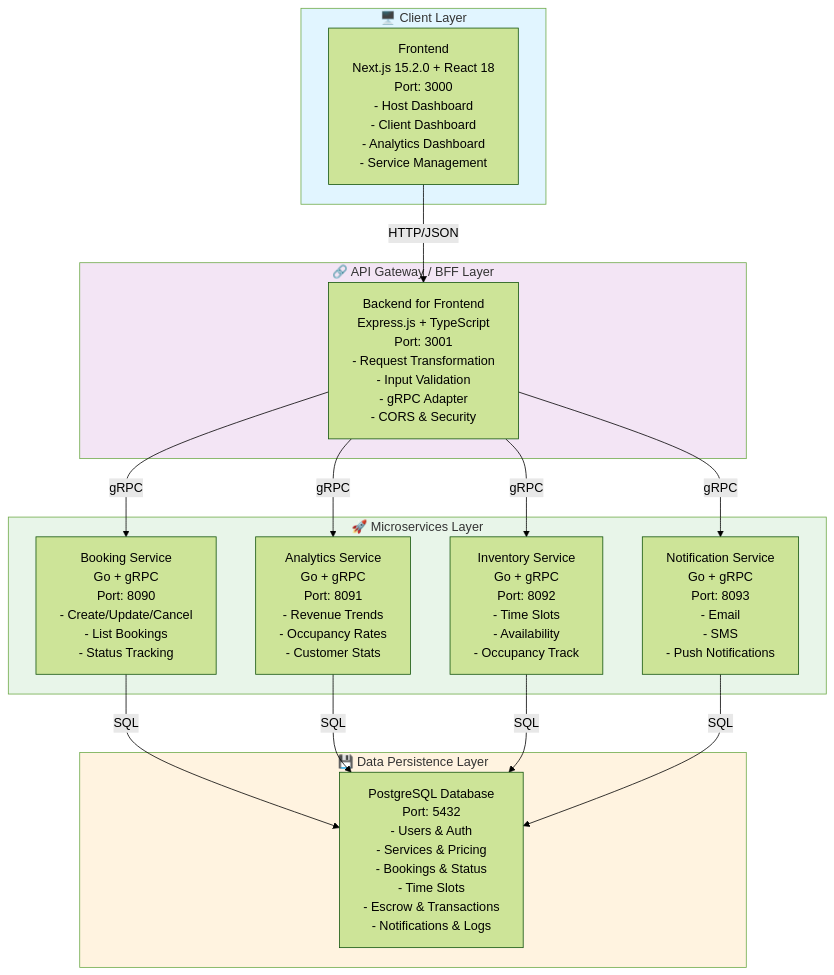
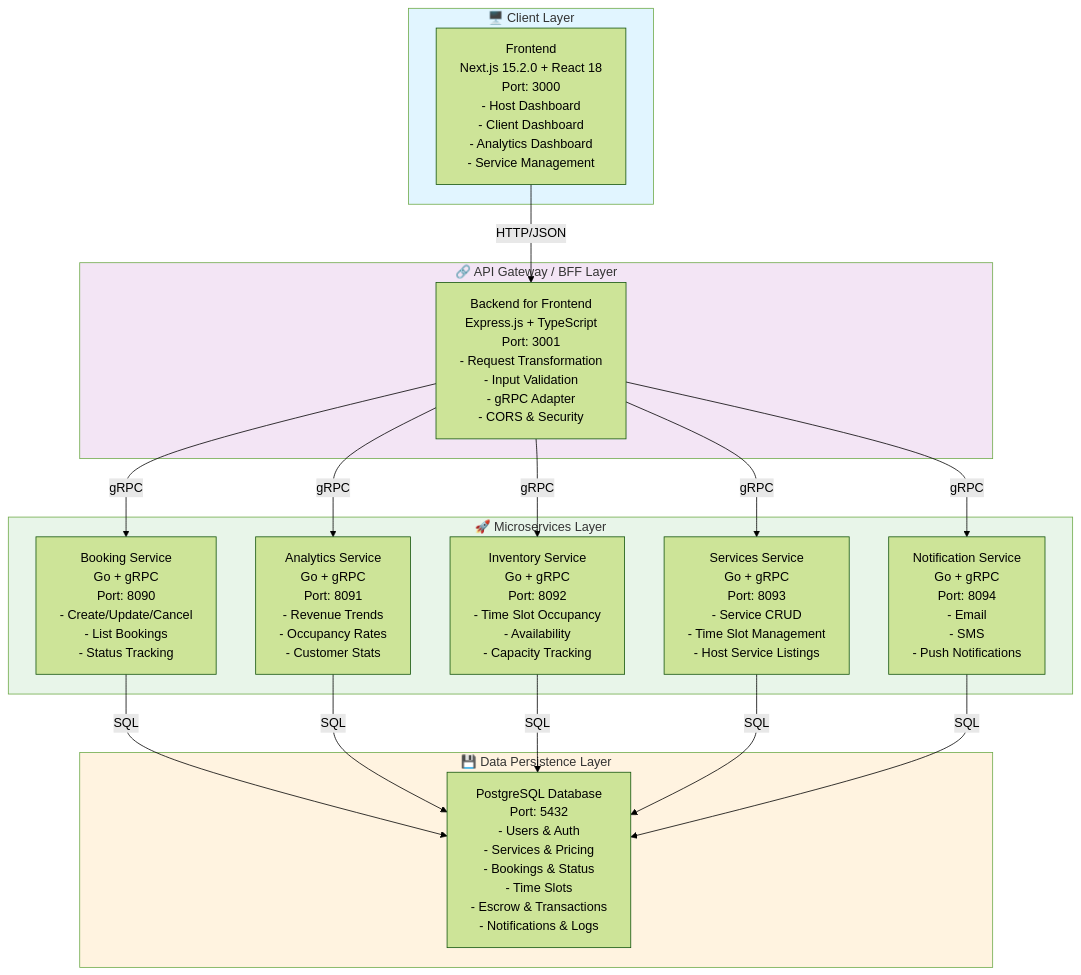
Before and after one commit to bshongwe/intelli-reserve: the first of 4 diagrams in docs/ARCHITECTURE.md, drawn with Mermaid (forest theme). The commit also changed other lines of this file, not shown here.

Commit message:
feat: update architecture documentation to reflect service responsibilities and add service port registry

````diff
--- a/docs/ARCHITECTURE.md
+++ b/docs/ARCHITECTURE.md
@@ -7,36 +7,39 @@
 ```mermaid
 graph TB
     subgraph Client["🖥️ Client Layer"]
         FE["Frontend<br/>Next.js 15.2.0 + React 18<br/>Port: 3000<br/>- Host Dashboard<br/>- Client Dashboard<br/>- Analytics Dashboard<br/>- Service Management"]
     end
     
     subgraph BFF["🔗 API Gateway / BFF Layer"]
         BFFE["Backend for Frontend<br/>Express.js + TypeScript<br/>Port: 3001<br/>- Request Transformation<br/>- Input Validation<br/>- gRPC Adapter<br/>- CORS & Security"]
     end
     
     subgraph Services["🚀 Microservices Layer"]
         BS["Booking Service<br/>Go + gRPC<br/>Port: 8090<br/>- Create/Update/Cancel<br/>- List Bookings<br/>- Status Tracking"]
         AS["Analytics Service<br/>Go + gRPC<br/>Port: 8091<br/>- Revenue Trends<br/>- Occupancy Rates<br/>- Customer Stats"]
-        IS["Inventory Service<br/>Go + gRPC<br/>Port: 8092<br/>- Time Slots<br/>- Availability<br/>- Occupancy Track"]
-        NS["Notification Service<br/>Go + gRPC<br/>Port: 8093<br/>- Email<br/>- SMS<br/>- Push Notifications"]
+        IS["Inventory Service<br/>Go + gRPC<br/>Port: 8092<br/>- Time Slot Occupancy<br/>- Availability<br/>- Capacity Tracking"]
+        SS["Services Service<br/>Go + gRPC<br/>Port: 8093<br/>- Service CRUD<br/>- Time Slot Management<br/>- Host Service Listings"]
+        NS["Notification Service<br/>Go + gRPC<br/>Port: 8094<br/>- Email<br/>- SMS<br/>- Push Notifications"]
     end
     
     subgraph Data["💾 Data Persistence Layer"]
         DB["PostgreSQL Database<br/>Port: 5432<br/>- Users & Auth<br/>- Services & Pricing<br/>- Bookings & Status<br/>- Time Slots<br/>- Escrow & Transactions<br/>- Notifications & Logs"]
     end
     
     FE -->|HTTP/JSON| BFFE
     BFFE -->|gRPC| BS
     BFFE -->|gRPC| AS
     BFFE -->|gRPC| IS
+    BFFE -->|gRPC| SS
     BFFE -->|gRPC| NS
     BS -->|SQL| DB
     AS -->|SQL| DB
     IS -->|SQL| DB
+    SS -->|SQL| DB
     NS -->|SQL| DB
     
     style Client fill:#e1f5ff
     style BFF fill:#f3e5f5
     style Services fill:#e8f5e9
     style Data fill:#fff3e0
 ```
````
